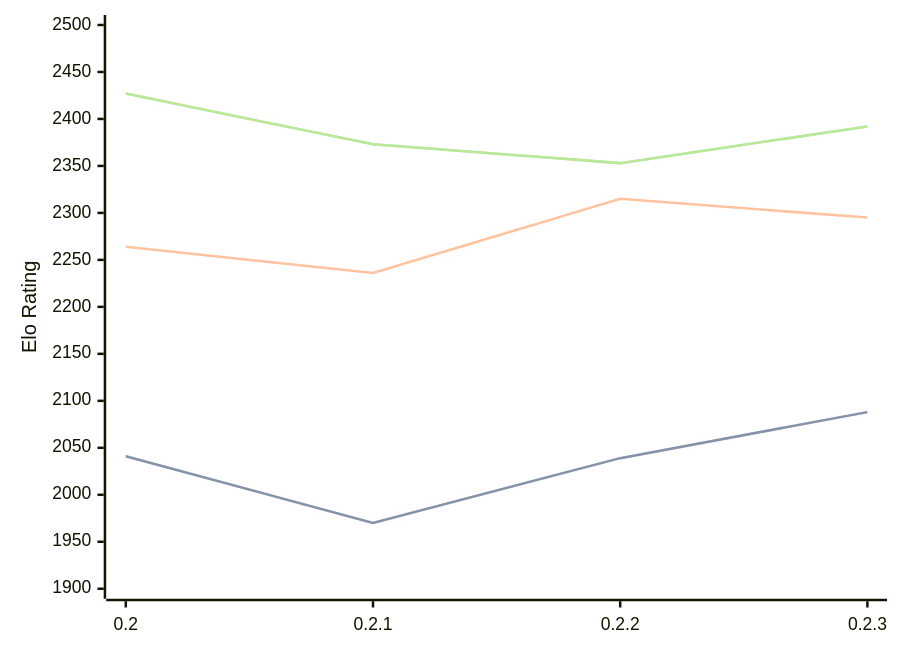
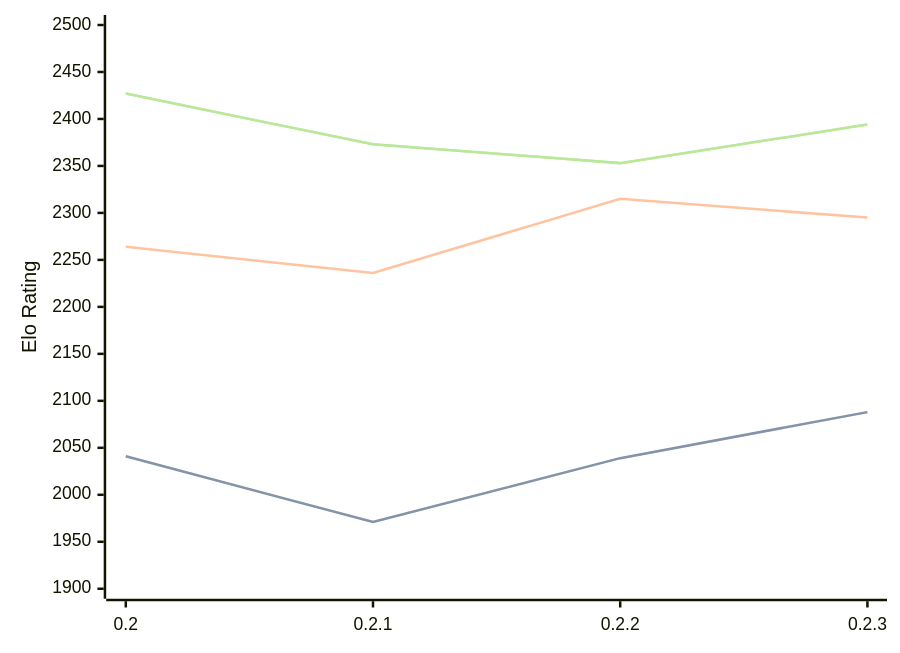
Before and after one commit to computer-chess-index/cci: the diagram in engines/Lolbot.md, drawn with Mermaid. The commit also changed other lines of this file, not shown here.

Commit message:
Update CCI Ratings (ELO VLTC) - 2026-02-26

````diff
--- a/engines/Lolbot.md
+++ b/engines/Lolbot.md
@@ -33,11 +33,11 @@
 ```mermaid
 %%{init: {"theme":"base","themeVariables":{"seriesColors:['#a3a3a3','#222221','#faa371']}}}%%
 xychart-beta
   x-axis ["0.2", "0.2.1", "0.2.2", "0.2.3"]
   y-axis "Elo Rating" 1900 --> 2500
-  line "STC (8.0+0.08s)" [2041, 1970, 2039, 2088]
-  line "STC (8.0+0.08s)" [2041, 1970, 2039, 2088]
+  line "STC (8.0+0.08s)" [2041, 1971, 2039, 2088]
+  line "STC (8.0+0.08s)" [2041, 1971, 2039, 2088]
   line "LTC (60.0+0.60s)" [2264, 2236, 2315, 2295]
-  line "VLTC (2m24s+1.12s)" [2427, 2373, 2353, 2392]
-  line "VLTC (2m24s+1.12s)" [2427, 2373, 2353, 2392]
+  line "VLTC (2m24s+1.12s)" [2427, 2373, 2353, 2394]
+  line "VLTC (2m24s+1.12s)" [2427, 2373, 2353, 2394]
 ```
````
